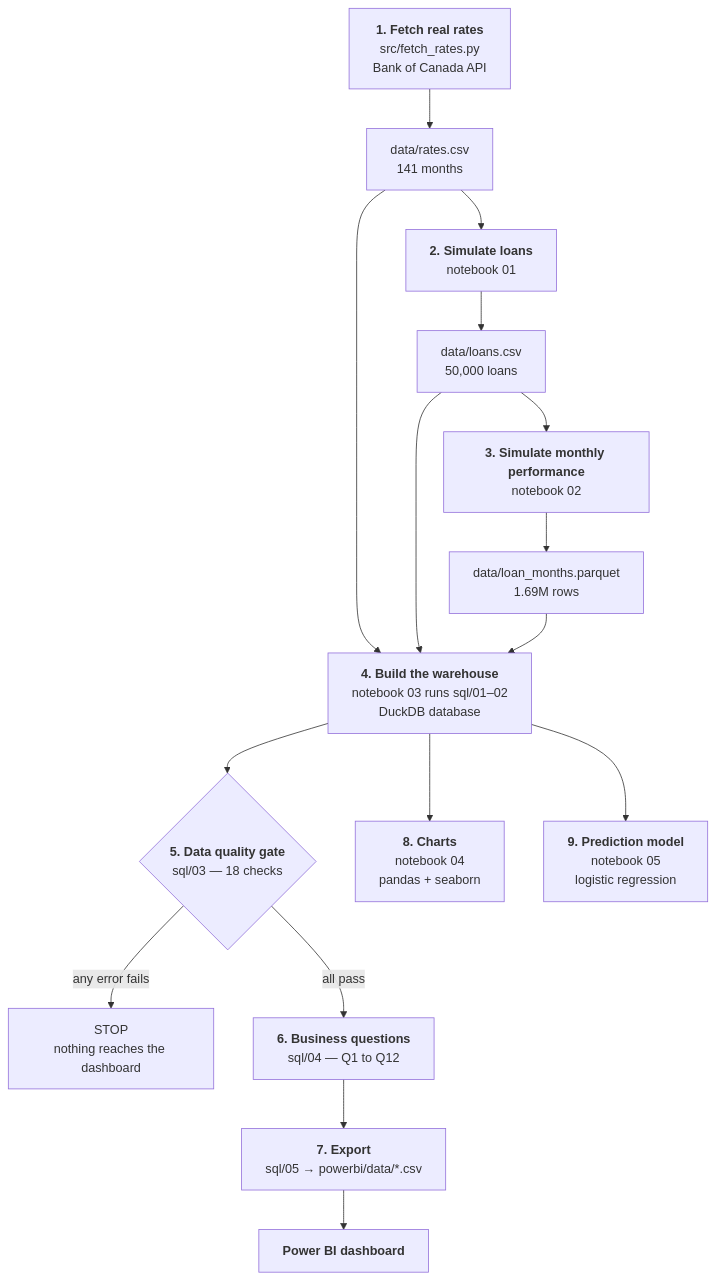
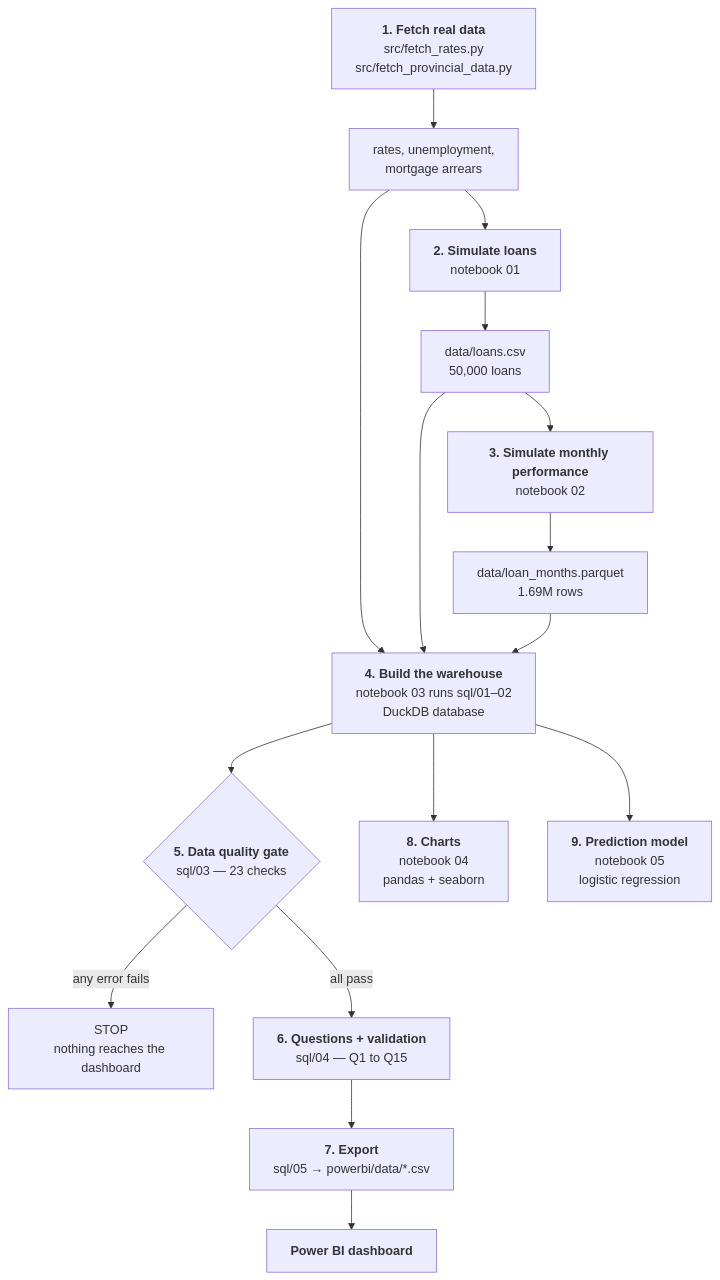
One commit to MokshJaiswal/canadian-credit-risk-analytics changed the seventh of 11 diagrams in docs/PROJECT_EXPLAINED.md. Above: the diagram before and after it, drawn with Mermaid. The commit also changed other lines of this file and 3 other files, not shown here.

First line of the commit message:
Update docs for real provincial data and validation

````diff
--- a/docs/PROJECT_EXPLAINED.md
+++ b/docs/PROJECT_EXPLAINED.md
@@ -419,16 +427,16 @@
 ```mermaid
 flowchart TD
-    A["<b>1. Fetch real rates</b><br/>src/fetch_rates.py<br/>Bank of Canada API"] --> B["data/rates.csv<br/>141 months"]
+    A["<b>1. Fetch real data</b><br/>src/fetch_rates.py<br/>src/fetch_provincial_data.py"] --> B["rates, unemployment,<br/>mortgage arrears"]
     B --> C["<b>2. Simulate loans</b><br/>notebook 01"]
     C --> D["data/loans.csv<br/>50,000 loans"]
     D --> E["<b>3. Simulate monthly performance</b><br/>notebook 02"]
     E --> F["data/loan_months.parquet<br/>1.69M rows"]
     B & D & F --> G["<b>4. Build the warehouse</b><br/>notebook 03 runs sql/01–02<br/>DuckDB database"]
-    G --> H{"<b>5. Data quality gate</b><br/>sql/03 — 18 checks"}
+    G --> H{"<b>5. Data quality gate</b><br/>sql/03 — 23 checks"}
     H -- any error fails --> X["STOP<br/>nothing reaches the dashboard"]
-    H -- all pass --> I["<b>6. Business questions</b><br/>sql/04 — Q1 to Q12"]
+    H -- all pass --> I["<b>6. Questions + validation</b><br/>sql/04 — Q1 to Q15"]
     I --> J["<b>7. Export</b><br/>sql/05 → powerbi/data/*.csv"]
     J --> K["<b>Power BI dashboard</b>"]
     G --> L["<b>8. Charts</b><br/>notebook 04<br/>pandas + seaborn"]
     G --> M["<b>9. Prediction model</b><br/>notebook 05<br/>logistic regression"]
 ```
````
